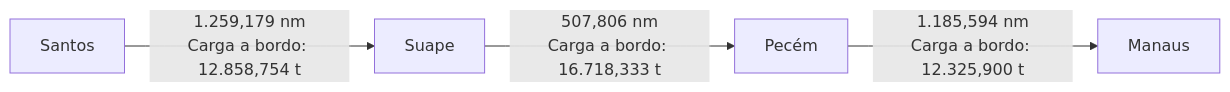
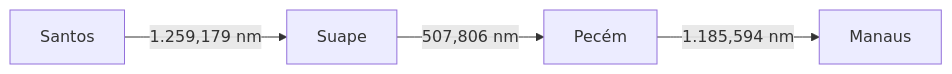
The first of 5 diagrams in docs/tf_technical_article_draft.md (pennylanesccp/cabotage-lens), drawn with Mermaid before and after one commit. The commit also changed other lines of this file and 2 other files, not shown here.

````diff
--- a/docs/tf_technical_article_draft.md
+++ b/docs/tf_technical_article_draft.md
@@ -361,6 +443,6 @@
 ```mermaid
 flowchart LR
-    S[Santos] -->|1.259,179 nm<br/>Carga a bordo: 12.858,754 t| U[Suape]
-    U -->|507,806 nm<br/>Carga a bordo: 16.718,333 t| P[Pecém]
-    P -->|1.185,594 nm<br/>Carga a bordo: 12.325,900 t| M[Manaus]
+    S[Santos] -->|1.259,179 nm| U[Suape]
+    U -->|507,806 nm| P[Pecém]
+    P -->|1.185,594 nm| M[Manaus]
 ```
````
